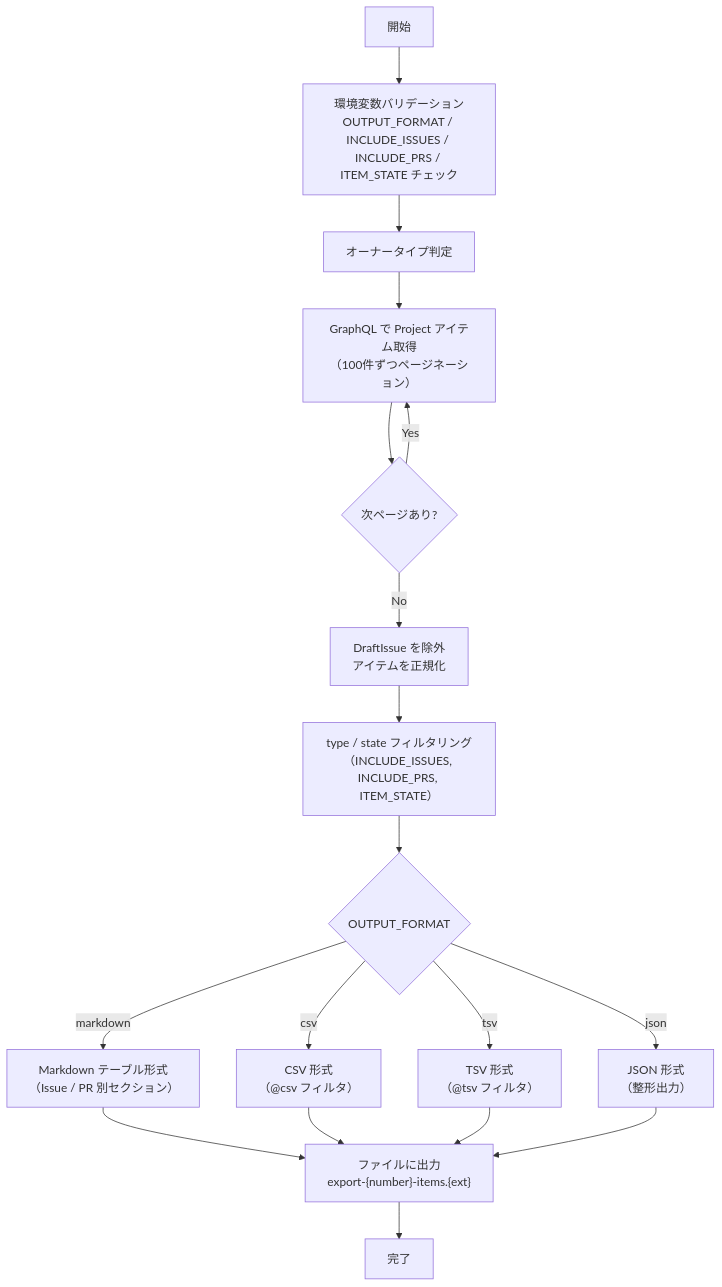
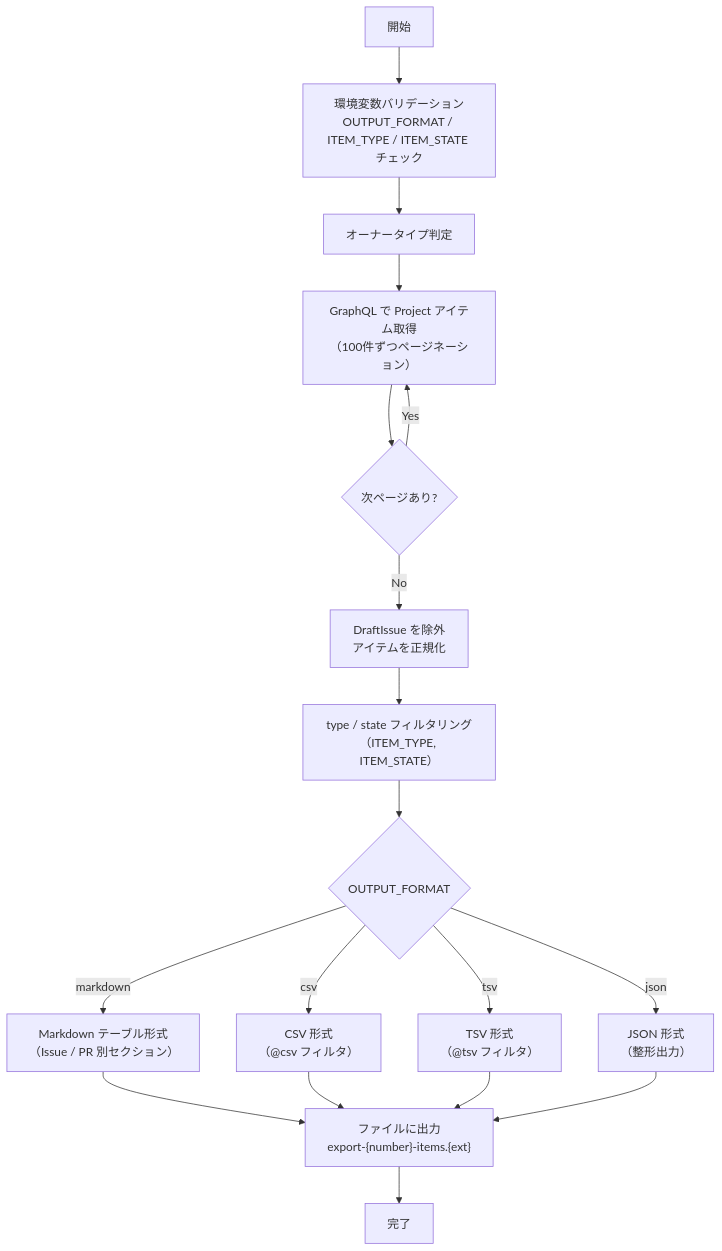
One commit to mabubu0203/github-projects-starter-kit changed the diagram in docs/scripts/export-project-items.md. Above: the diagram before and after it, drawn with Mermaid. The commit also changed other lines of this file and 2 other files, not shown here.

First line of the commit message:
docs: スクリプトドキュメントとクイックスタートを item_type に更新

````diff
--- a/docs/scripts/export-project-items.md
+++ b/docs/scripts/export-project-items.md
@@ -20,19 +19,19 @@
 ```mermaid
 flowchart TD
-    A["開始"] --> B["環境変数バリデーション\nOUTPUT_FORMAT / INCLUDE_ISSUES / INCLUDE_PRS / ITEM_STATE チェック"]
+    A["開始"] --> B["環境変数バリデーション\nOUTPUT_FORMAT / ITEM_TYPE / ITEM_STATE チェック"]
     B --> C["オーナータイプ判定"]
     C --> D["GraphQL で Project アイテム取得\n（100件ずつページネーション）"]
     D --> E{"次ページあり?"}
     E -- "Yes" --> D
     E -- "No" --> F["DraftIssue を除外\nアイテムを正規化"]
 
-    F --> F2["type / state フィルタリング\n（INCLUDE_ISSUES, INCLUDE_PRS, ITEM_STATE）"]
+    F --> F2["type / state フィルタリング\n（ITEM_TYPE, ITEM_STATE）"]
     F2 --> G{"OUTPUT_FORMAT"}
     G -- "markdown" --> H["Markdown テーブル形式\n（Issue / PR 別セクション）"]
     G -- "csv" --> I["CSV 形式\n（@csv フィルタ）"]
     G -- "tsv" --> J["TSV 形式\n（@tsv フィルタ）"]
     G -- "json" --> K["JSON 形式\n（整形出力）"]
 
     H & I & J & K --> L["ファイルに出力\nexport-{number}-items.{ext}"]
     L --> M["完了"]
 ```
````
